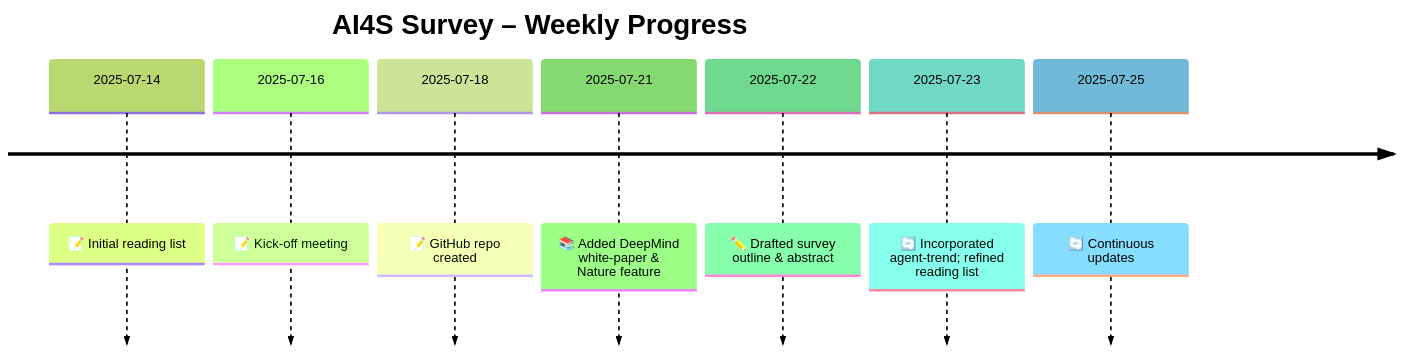
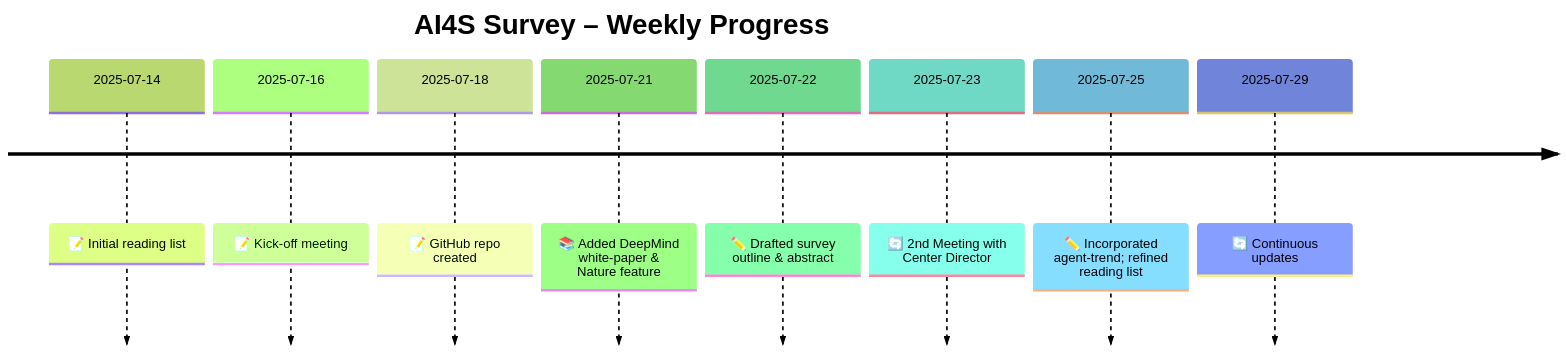
Before and after one commit to MI-Hussain/AI4Science: the diagram in README.md, drawn with Mermaid (forest theme). The commit also changed other lines of this file, not shown here.

````diff
--- a/README.md
+++ b/README.md
@@ -187,11 +187,12 @@
 ```mermaid
 timeline
     title AI4S Survey – Weekly Progress
     2025-07-14 : 📝 Initial reading list
     2025-07-16 : 📝 Kick‑off meeting
     2025-07-18 : 📝 GitHub repo created
     2025-07-21 : 📚 Added DeepMind white‑paper & Nature feature
     2025-07-22 : ✏️ Drafted survey outline & abstract
-    2025-07-23 : 🔄 Incorporated agent‑trend; refined reading list
-    2025-07-25 : 🔄 Continuous updates
+    2025-07-23 : 🔄 2nd Meeting with Center Director
+    2025-07-25 : ✏️ Incorporated agent‑trend; refined reading list
+    2025-07-29 : 🔄 Continuous updates
 ```
````
